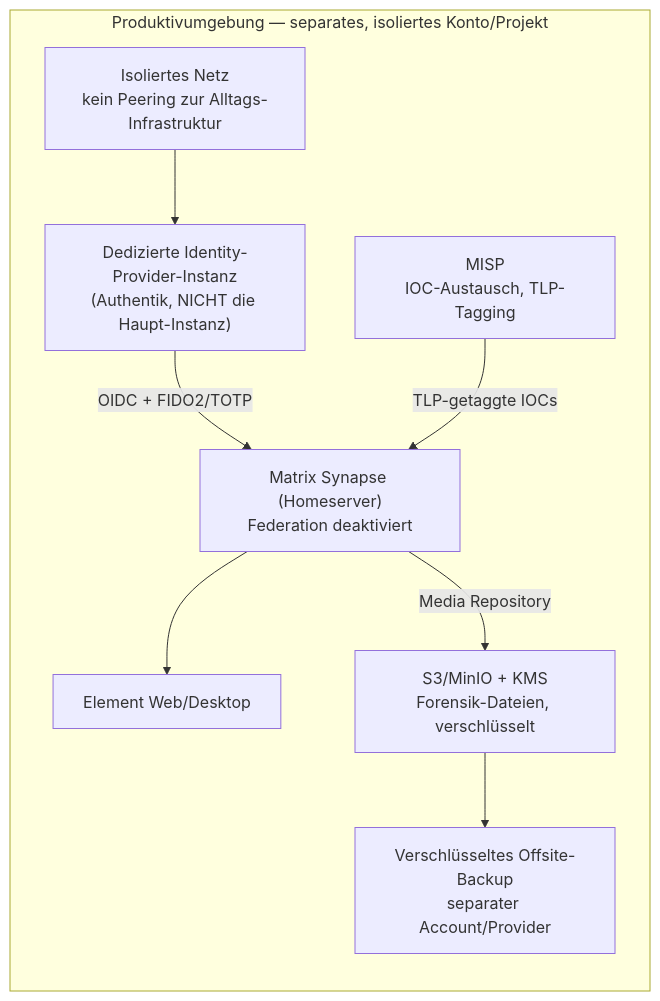
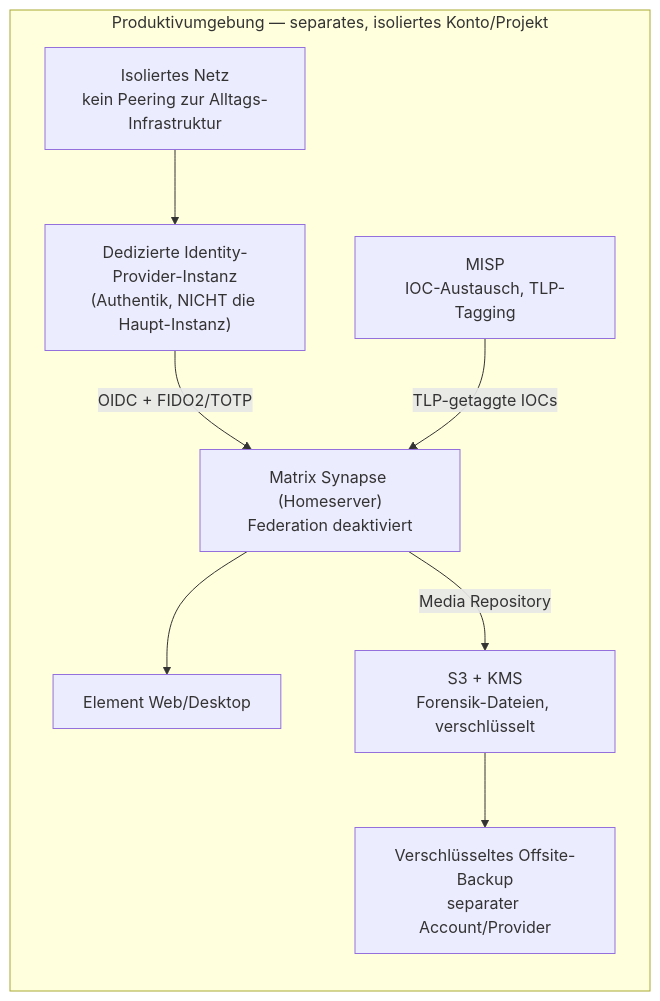
The diagram in docs/02-architektur.md (icepaule/Ice-IR-Plattform), drawn with Mermaid before and after one commit. The commit also changed other lines of this file and 2 other files, not shown here.

Commit message:
Lizenzen/Nutzungslimits ergänzen, MinIO-Empfehlung zurückziehen
MinIO ist seit Dez. 2025 in Maintenance Mode (Community-Konsole
bereits im Mai 2025 entfernt) - nicht mehr für neue Projekte
empfohlen. Stattdessen natives AWS S3+KMS, da bereits ein
dedizierter AWS-Out-of-Band-Account vorhanden ist. Neue
docs/05-lizenzen-und-limits.md mit Nutzungslimits je Komponente
(Element Server Suite Community: 1-100 Nutzer, Authentik/MISP/
Synapse: kein Limit) - 10-50 Nutzer bleiben in allen Fällen
kostenlos.

````diff
--- a/docs/02-architektur.md
+++ b/docs/02-architektur.md
@@ -11,20 +11,20 @@
 ```mermaid
 flowchart TB
     subgraph PROD["Produktivumgebung — separates, isoliertes Konto/Projekt"]
         direction TB
         VPCIso["Isoliertes Netz\nkein Peering zur Alltags-Infrastruktur"]
         AuthProd["Dedizierte Identity-Provider-Instanz\n(Authentik, NICHT die Haupt-Instanz)"]
         SynapseProd["Matrix Synapse (Homeserver)\nFederation deaktiviert"]
         ElementProd["Element Web/Desktop"]
         MISPprod["MISP\nIOC-Austausch, TLP-Tagging"]
-        S3["S3/MinIO + KMS\nForensik-Dateien, verschlüsselt"]
+        S3["S3 + KMS\nForensik-Dateien, verschlüsselt"]
         Backup["Verschlüsseltes Offsite-Backup\nseparater Account/Provider"]
 
         VPCIso --> AuthProd
         AuthProd -->|OIDC + FIDO2/TOTP| SynapseProd
         SynapseProd --> ElementProd
         SynapseProd -->|Media Repository| S3
         MISPprod -->|TLP-getaggte IOCs| SynapseProd
         S3 --> Backup
     end
 ```
````
